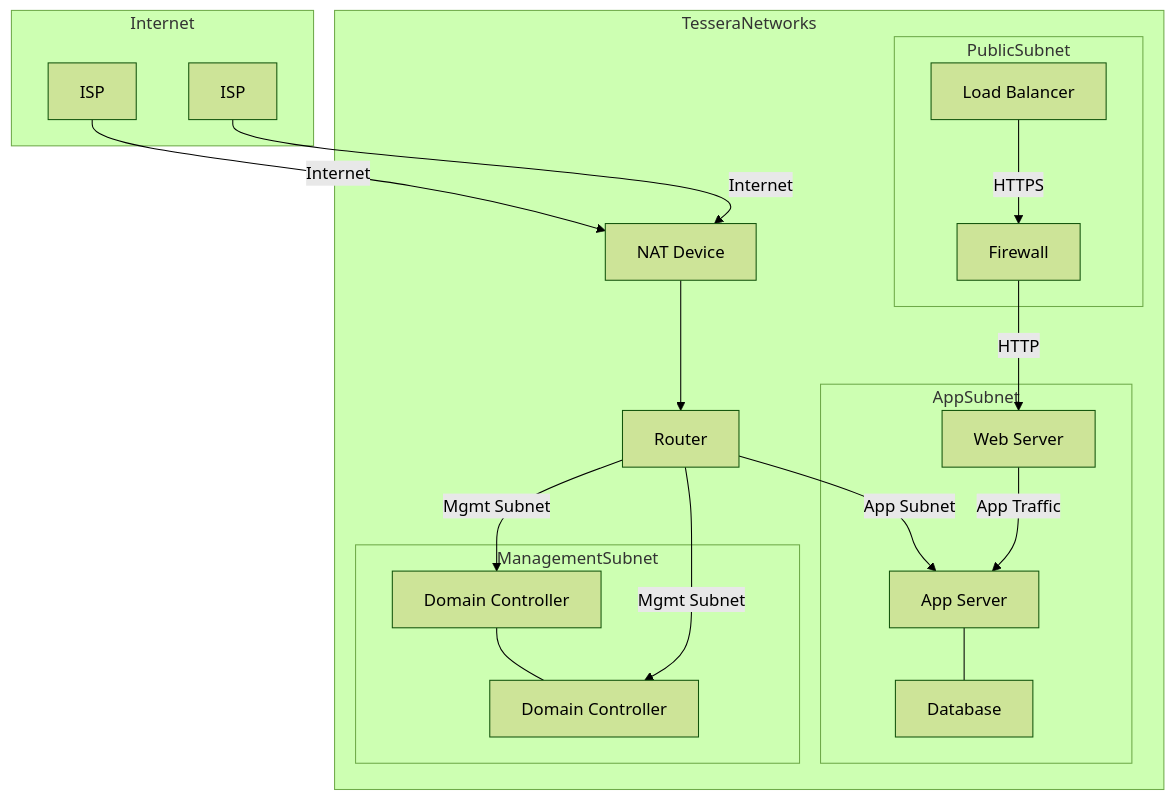
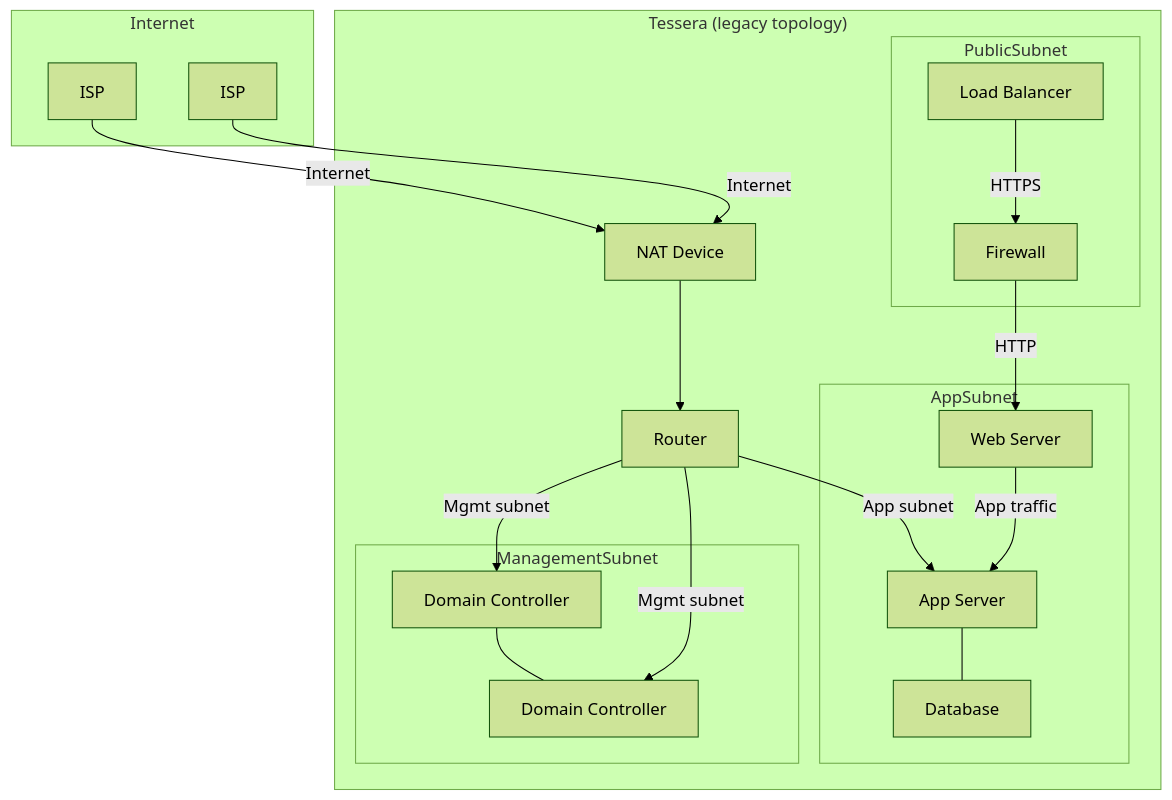
One commit to michael-borck/tessera changed the diagram in docs/support/network_logical.qmd. Above: the diagram before and after it, drawn with Mermaid (forest theme). The commit also changed other lines of this file and 156 other files, not shown here.

````diff
--- a/docs/support/network_logical.qmd
+++ b/docs/support/network_logical.qmd
@@ -41,42 +32,41 @@
 ```{mermaid}
 graph TB
     subgraph "Internet"
         ISP1[ISP]
         ISP2[ISP]
     end
 
-    subgraph "TesseraNetworks"
+    subgraph "Tessera (legacy topology)"
         subgraph "PublicSubnet"
             LB[Load Balancer]
             FW[Firewall]
         end
 
         subgraph "AppSubnet"
             WS[Web Server]
             AP[App Server]
             DB[Database]
         end
 
         subgraph "ManagementSubnet"
             DC1[Domain Controller]
             DC2[Domain Controller]
         end
 
         NAT[NAT Device]
         RTR[Router]
 
         LB -- HTTPS --> FW
         FW -- HTTP --> WS
-        WS-- "App Traffic" --> AP
+        WS -- "App traffic" --> AP
         AP --- DB
         DC1 --- DC2
 
         ISP1 -->|Internet| NAT
         ISP2 -->|Internet| NAT
         NAT --> RTR
-        RTR -- "App Subnet" --> AP
-        RTR -- "Mgmt Subnet" --> DC1
-        RTR -- "Mgmt Subnet" --> DC2
-
+        RTR -- "App subnet" --> AP
+        RTR -- "Mgmt subnet" --> DC1
+        RTR -- "Mgmt subnet" --> DC2
     end
 ```
````
